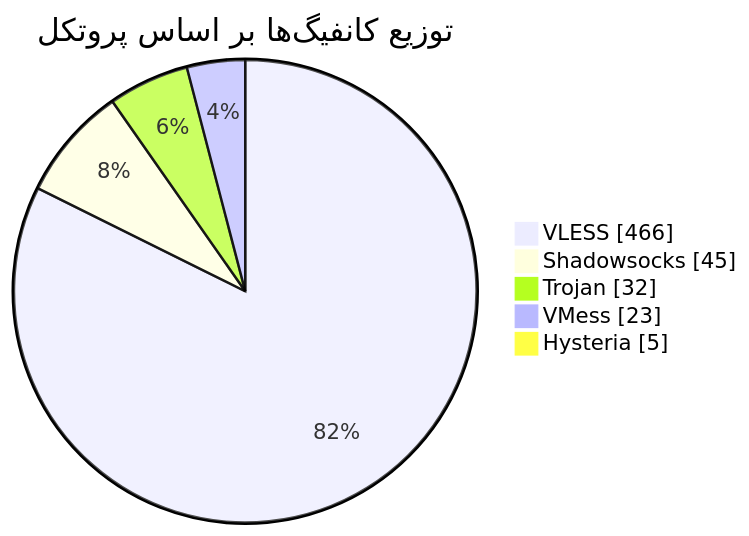
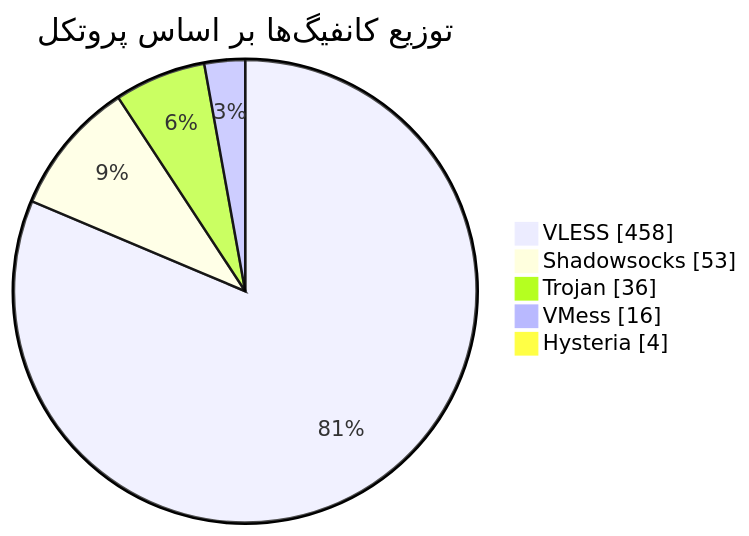
The diagram in README.md (Arian-Alijani/Somthing), drawn with Mermaid before and after one commit. The commit also changed other lines of this file and 77 other files, not shown here.

````diff
--- a/README.md
+++ b/README.md
@@ -47,9 +47,9 @@
 ```mermaid
 pie showData
     title توزیع کانفیگ‌ها بر اساس پروتکل
-    "VLESS" : 466
-    "Shadowsocks" : 45
-    "Trojan" : 32
-    "VMess" : 23
-    "Hysteria" : 5
+    "VLESS" : 458
+    "Shadowsocks" : 53
+    "Trojan" : 36
+    "VMess" : 16
+    "Hysteria" : 4
 ```
````
